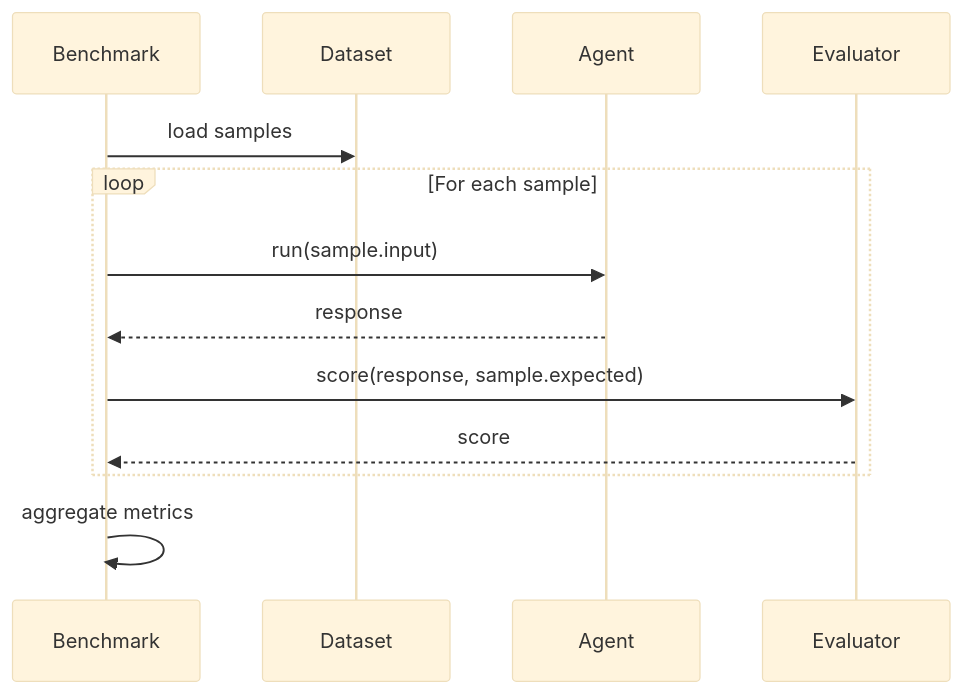
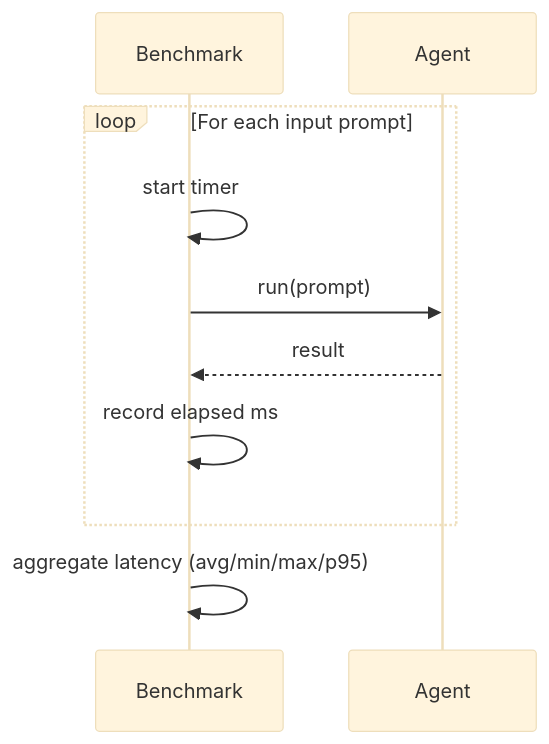
Before and after one commit to fireflyframework/fireflyframework-agentic: the second of 2 diagrams in docs/lab.md, drawn with Mermaid (base theme). The commit also changed other lines of this file and 20 other files, not shown here.

````diff
--- a/docs/lab.md
+++ b/docs/lab.md
@@ -72,16 +87,13 @@
 ```mermaid
 sequenceDiagram
     participant Bench as Benchmark
-    participant DS as Dataset
     participant Agent
-    participant Eval as Evaluator
 
-    Bench->>DS: load samples
-    loop For each sample
-        Bench->>Agent: run(sample.input)
-        Agent-->>Bench: response
-        Bench->>Eval: score(response, sample.expected)
-        Eval-->>Bench: score
+    loop For each input prompt
+        Bench->>Bench: start timer
+        Bench->>Agent: run(prompt)
+        Agent-->>Bench: result
+        Bench->>Bench: record elapsed ms
     end
-    Bench->>Bench: aggregate metrics
+    Bench->>Bench: aggregate latency (avg/min/max/p95)
 ```
````
